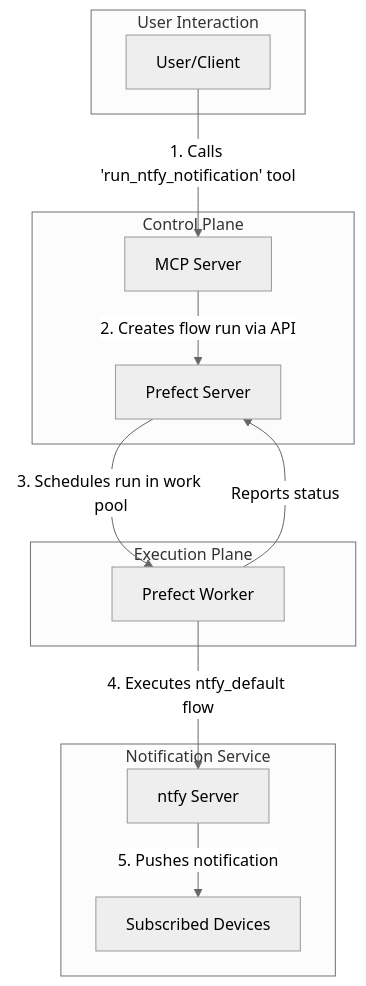
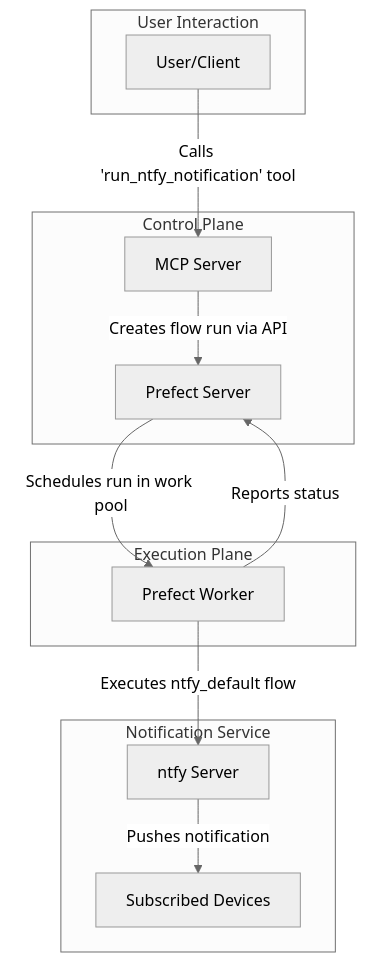
The first of 2 diagrams in README.md (wsargent/prefect-notifications), drawn with Mermaid (neutral theme) before and after one commit. The commit also changed other lines of this file, not shown here.

````diff
--- a/README.md
+++ b/README.md
@@ -50,27 +33,27 @@
 ```mermaid
 graph TD
     subgraph "User Interaction"
         A[User/Client]
     end
 
     subgraph "Control Plane"
         B[MCP Server]
         C[Prefect Server]
     end
 
     subgraph "Execution Plane"
         D[Prefect Worker]
     end
 
     subgraph "Notification Service"
         E[ntfy Server]
         F[Subscribed Devices]
     end
 
-    A -- "1. Calls 'run_ntfy_notification' tool" --> B
-    B -- "2. Creates flow run via API" --> C
-    C -- "3. Schedules run in work pool" --> D
-    D -- "4. Executes ntfy_default flow" --> E
-    E -- "5. Pushes notification" --> F
+    A -- "Calls 'run_ntfy_notification' tool" --> B
+    B -- "Creates flow run via API" --> C
+    C -- "Schedules run in work pool" --> D
+    D -- "Executes ntfy_default flow" --> E
+    E -- "Pushes notification" --> F
     D -- "Reports status" --> C
 ```
````
